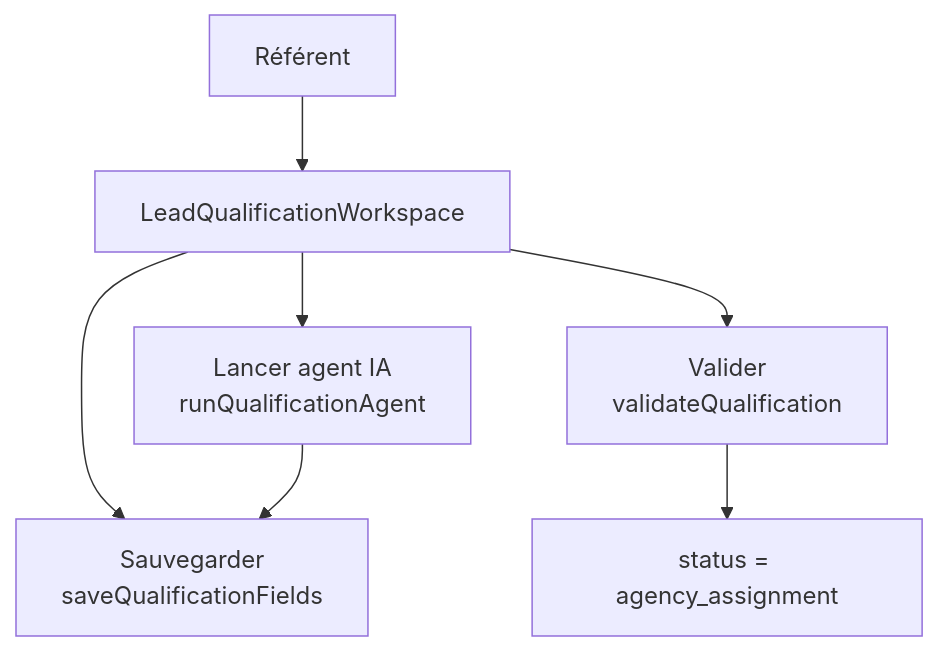
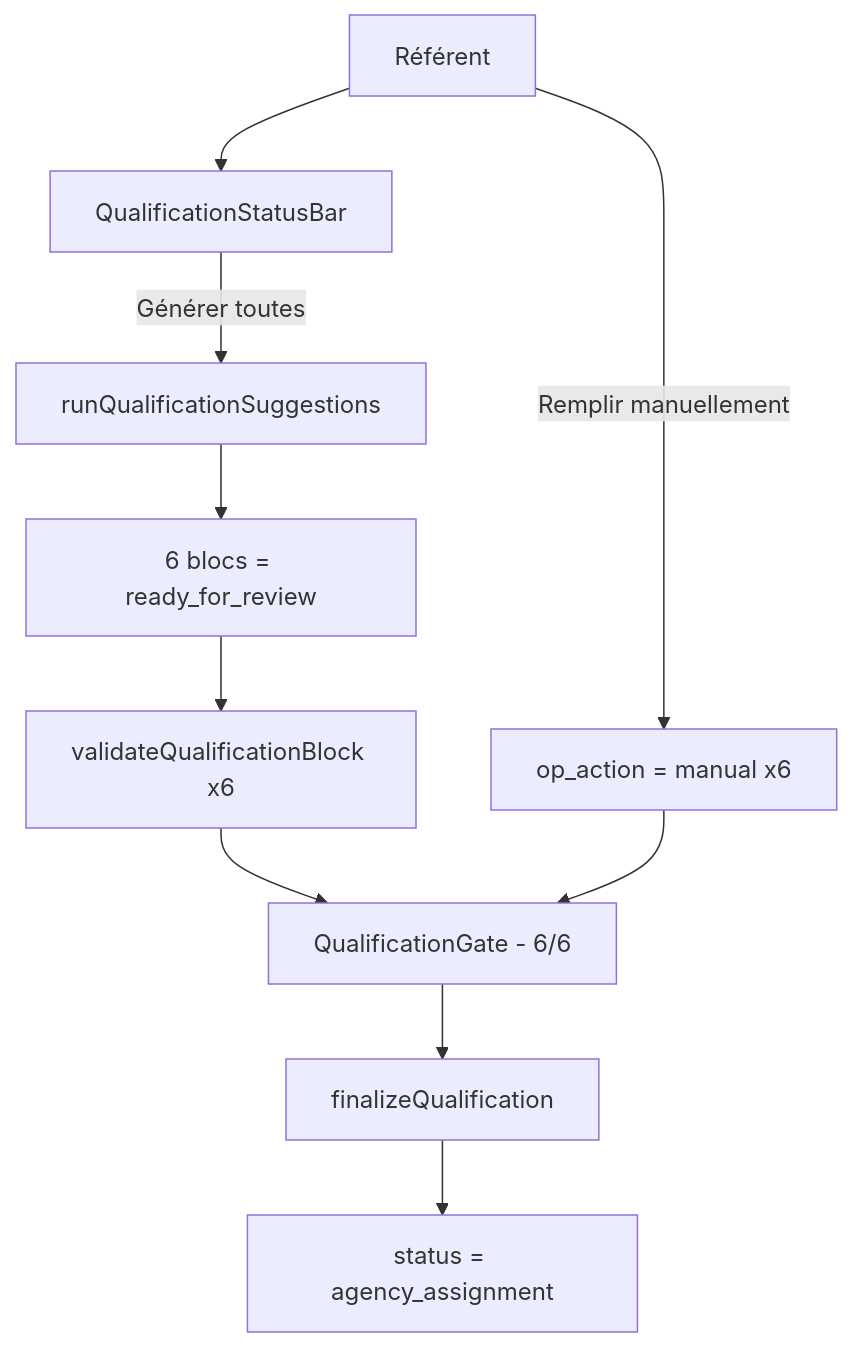
One commit to insenexperience/direction-lalgerie-travel-lead-desk changed the sixth of 6 diagrams in docs/USER_JOURNEYS.md. Above: the diagram before and after it, drawn with Mermaid. The commit also changed other lines of this file and 1 other file, not shown here.

````diff
--- a/docs/USER_JOURNEYS.md
+++ b/docs/USER_JOURNEYS.md
@@ -130,9 +142,12 @@
 ```mermaid
 flowchart TB
-  R[Référent] --> WS[LeadQualificationWorkspace]
-  WS --> IA[Lancer agent IA\nrunQualificationAgent]
-  WS --> SAVE[Sauvegarder\nsaveQualificationFields]
-  WS --> VAL[Valider\nvalidateQualification]
-  IA --> SAVE
-  VAL --> AA[status = agency_assignment]
+  R[Référent] --> SB[QualificationStatusBar]
+  SB -->|"Générer toutes"| IA[runQualificationSuggestions]
+  IA --> BL["6 blocs = ready_for_review"]
+  BL --> VAL[validateQualificationBlock x6]
+  VAL --> GATE[QualificationGate - 6/6]
+  GATE --> FIN[finalizeQualification]
+  FIN --> AA[status = agency_assignment]
+  R -->|"Remplir manuellement"| MANUAL["op_action = manual x6"]
+  MANUAL --> GATE
 ```
````
